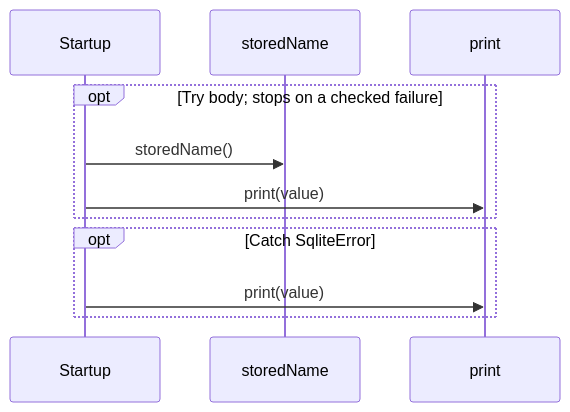
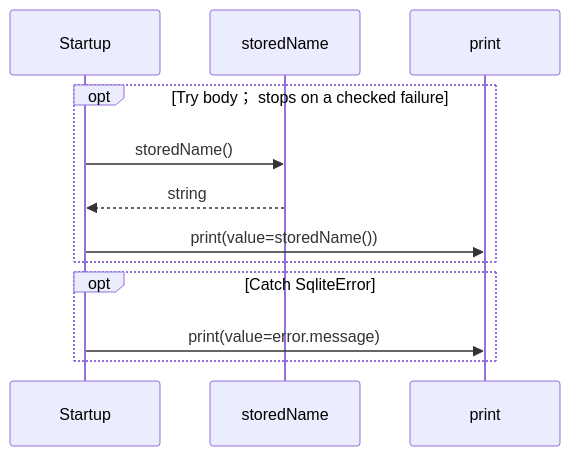
The second of 2 diagrams in docs/examples/native-sqlite/main-diagrams.md (GreenPandaStudios/augscript), drawn with Mermaid before and after one commit. The commit also changed other lines of this file and 524 other files, not shown here.

Commit message:
Explain checked data flow at folder and service levels

````diff
--- a/docs/examples/native-sqlite/main-diagrams.md
+++ b/docs/examples/native-sqlite/main-diagrams.md
@@ -40,13 +39,14 @@
 ```mermaid
 sequenceDiagram
     participant p0 as Startup
     participant p1 as storedName
     participant p2 as print
-    opt Try body#59; stops on a checked failure
+    opt Try body； stops on a checked failure
     p0->>p1: storedName()
-    p0->>p2: print(value)
+    p1-->>p0: string
+    p0->>p2: print(value=storedName())
     end
     opt Catch SqliteError
-    p0->>p2: print(value)
+    p0->>p2: print(value=error.message)
     end
 ```
````
